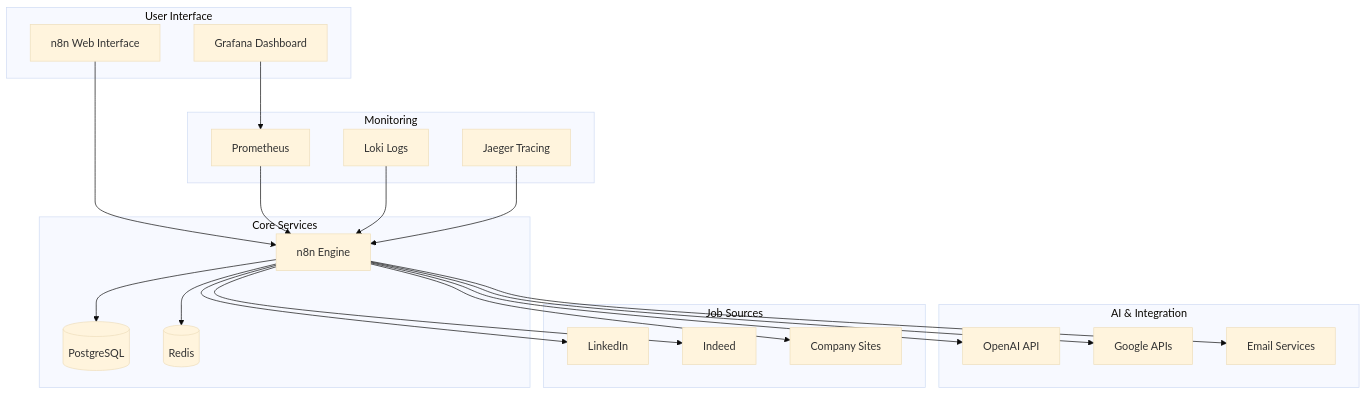
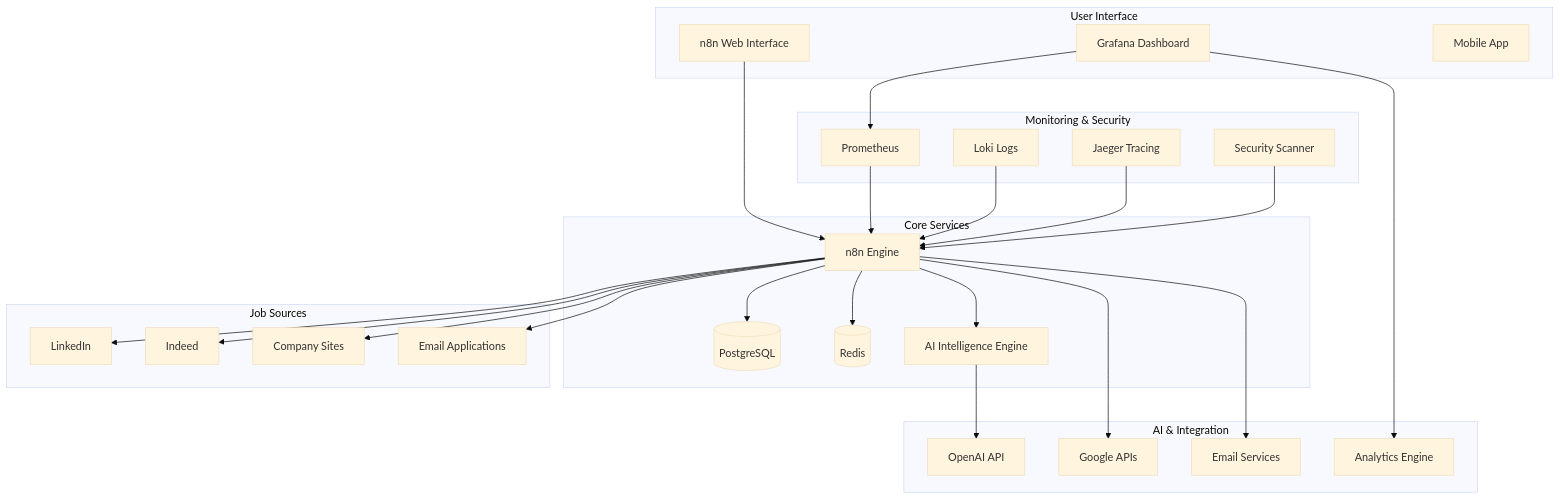
The diagram in README.md (joelfuller2016/n8n-job-automation-system), drawn with Mermaid (base theme) before and after one commit. The commit also changed other lines of this file, not shown here.

First line of the commit message:
📋 Update comprehensive project roadmap with detailed phase breakdown

````diff
--- a/README.md
+++ b/README.md
@@ -126,46 +171,55 @@
 ```mermaid
 graph TB
     subgraph "User Interface"
         N8N[n8n Web Interface]
         GRAF[Grafana Dashboard]
+        MOBILE[Mobile App]
     end
     
     subgraph "Core Services"
         API[n8n Engine]
         DB[(PostgreSQL)]
         CACHE[(Redis)]
+        AI[AI Intelligence Engine]
     end
     
     subgraph "AI & Integration"
         OPENAI[OpenAI API]
         GOOGLE[Google APIs]
         EMAIL[Email Services]
+        ANALYTICS[Analytics Engine]
     end
     
     subgraph "Job Sources"
         LINKEDIN[LinkedIn]
         INDEED[Indeed]
         COMPANY[Company Sites]
+        EMAIL_JOBS[Email Applications]
     end
     
-    subgraph "Monitoring"
+    subgraph "Monitoring & Security"
         PROM[Prometheus]
         LOKI[Loki Logs]
         JAEGER[Jaeger Tracing]
+        SECURITY[Security Scanner]
     end
     
     N8N --> API
     API --> DB
     API --> CACHE
-    API --> OPENAI
+    API --> AI
+    AI --> OPENAI
     API --> GOOGLE
     API --> EMAIL
     API --> LINKEDIN
     API --> INDEED
     API --> COMPANY
+    API --> EMAIL_JOBS
     
     GRAF --> PROM
+    GRAF --> ANALYTICS
     PROM --> API
     LOKI --> API
     JAEGER --> API
+    SECURITY --> API
 ```
````
